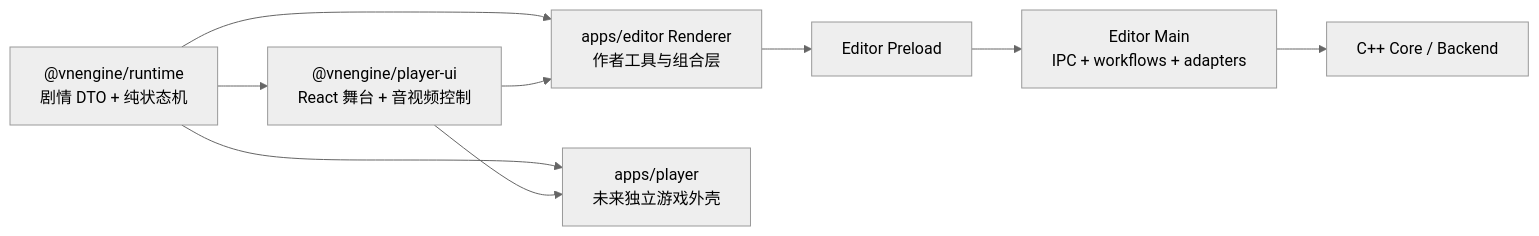
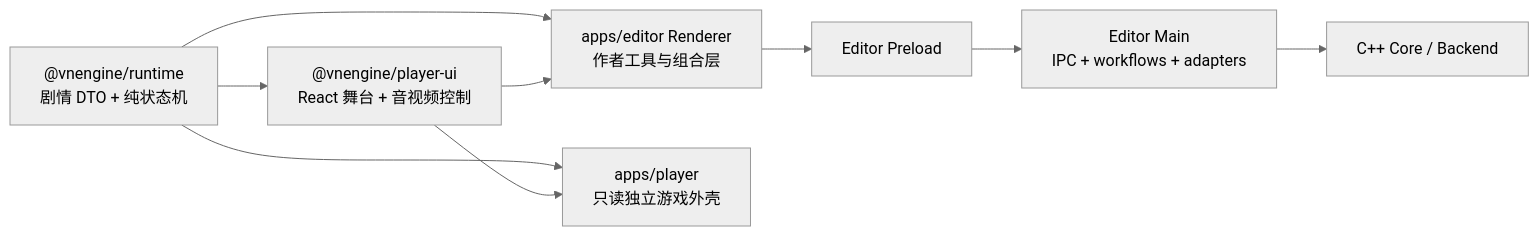
One commit to DarkboyRyan/Scratch-Novel-Engine changed the diagram in docs/code-organization-and-decoupling.md. Above: the diagram before and after it, drawn with Mermaid (neutral theme). The commit also changed other lines of this file and 118 other files, not shown here.

````diff
--- a/docs/code-organization-and-decoupling.md
+++ b/docs/code-organization-and-decoupling.md
@@ -21,17 +21,17 @@
 ```mermaid
 flowchart LR
   MODEL["@vnengine/runtime<br/>剧情 DTO + 纯状态机"]
   PLAYERUI["@vnengine/player-ui<br/>React 舞台 + 音视频控制"]
   EDITOR["apps/editor Renderer<br/>作者工具与组合层"]
-  PLAYER["apps/player<br/>未来独立游戏外壳"]
+  PLAYER["apps/player<br/>只读独立游戏外壳"]
   PRELOAD["Editor Preload"]
   MAIN["Editor Main<br/>IPC + workflows + adapters"]
   CPP["C++ Core / Backend"]
 
   MODEL --> PLAYERUI
   MODEL --> EDITOR
   MODEL --> PLAYER
   PLAYERUI --> EDITOR
   PLAYERUI --> PLAYER
   EDITOR --> PRELOAD --> MAIN --> CPP
 ```
````
